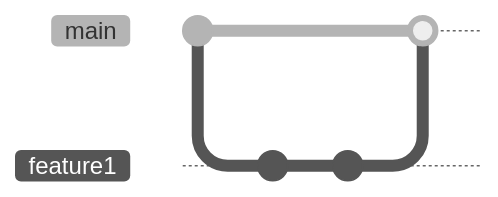
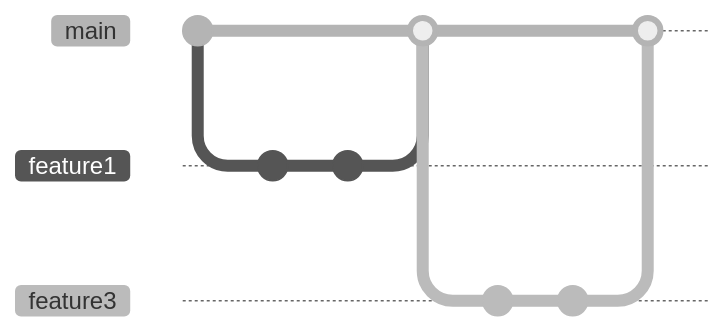
The diagram in branching.md (ajomathew/k8s-01), drawn with Mermaid (neutral theme) before and after one commit. Commit ids are hidden.

````diff
--- a/branching.md
+++ b/branching.md
@@ -3,10 +3,15 @@
 ```mermaid
 gitGraph
 checkout main
 commit
 branch feature1
 commit
 commit
 checkout main
 merge feature1
+branch feature3
+commit
+commit
+checkout main
+merge feature3
  ```
````
